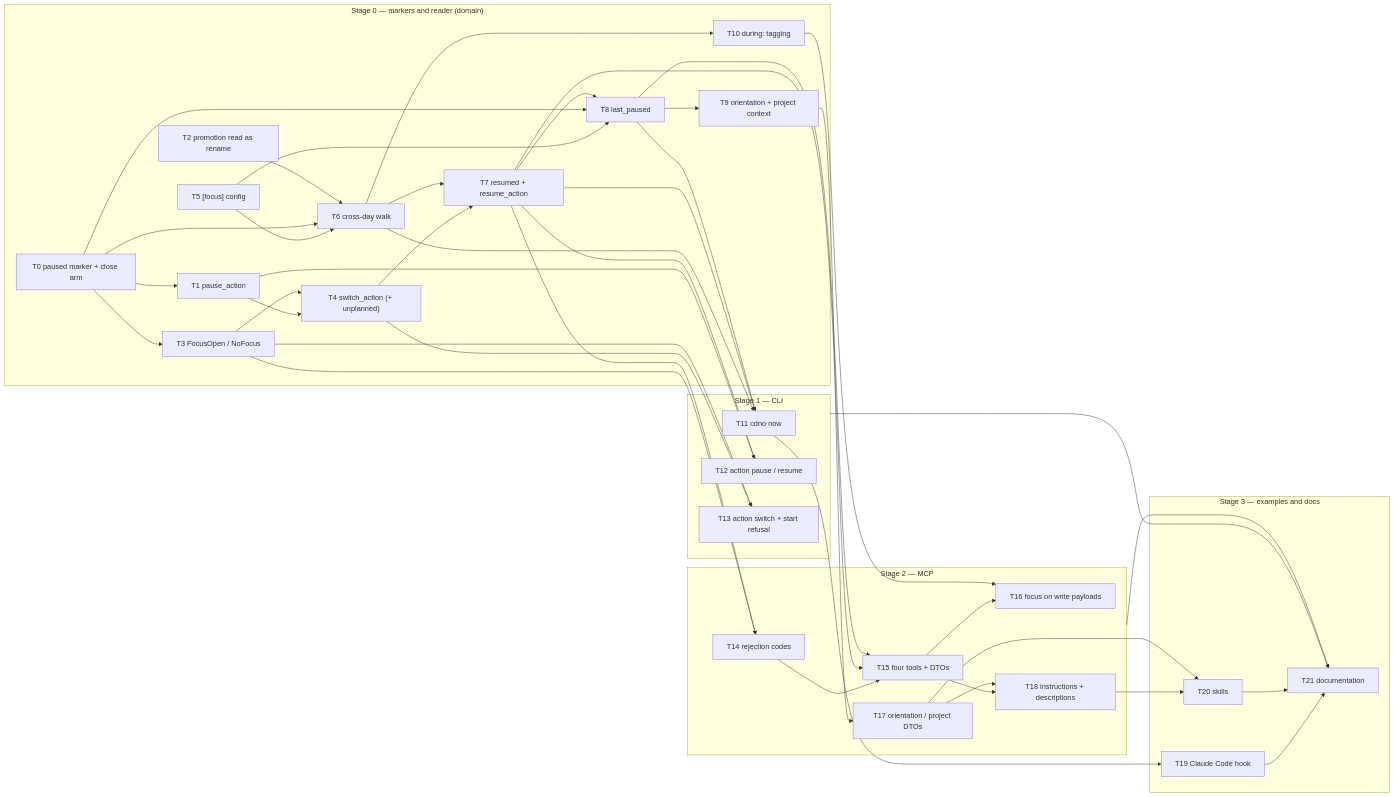
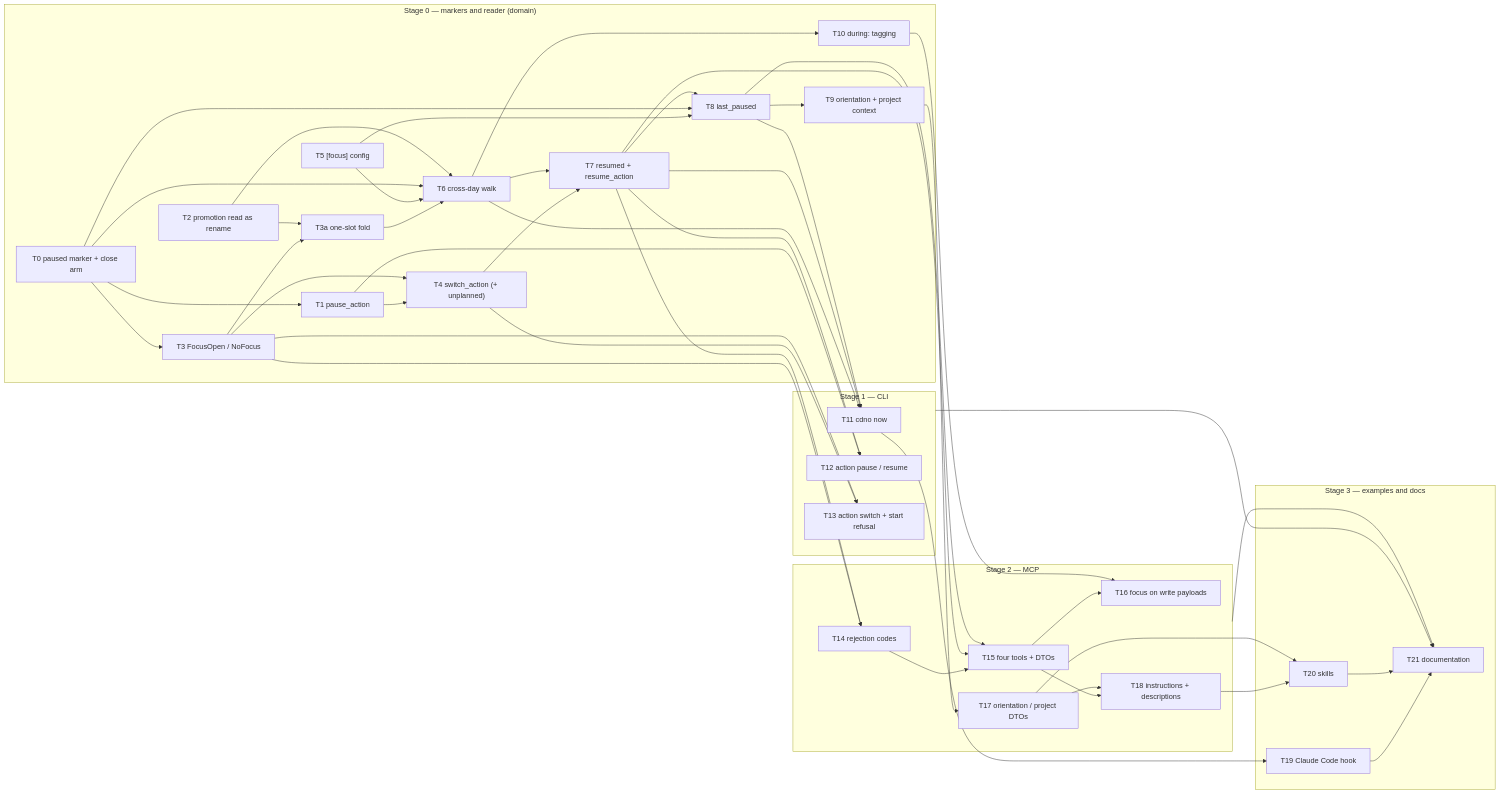
One commit to agustinvalencia/cuaderno changed the diagram in docs/rfcs/0005-implementation-plan.md. Above: the diagram before and after it, drawn with Mermaid. The commit also changed other lines of this file and 1 other file, not shown here.

First line of the commit message:
RFC 0005: focus is one slot, also on reading (D11) (#745)

````diff
--- a/docs/rfcs/0005-implementation-plan.md
+++ b/docs/rfcs/0005-implementation-plan.md
@@ -38,72 +38,76 @@
 ```mermaid
 flowchart LR
     subgraph S0["Stage 0 — markers and reader (domain)"]
         T0["T0 paused marker + close arm"]
         T1["T1 pause_action"]
         T2["T2 promotion read as rename"]
         T3["T3 FocusOpen / NoFocus"]
+        T3a["T3a one-slot fold"]
         T4["T4 switch_action (+ unplanned)"]
         T5["T5 [focus] config"]
         T6["T6 cross-day walk"]
         T7["T7 resumed + resume_action"]
         T8["T8 last_paused"]
         T9["T9 orientation + project context"]
         T10["T10 during: tagging"]
     end
     subgraph S1["Stage 1 — CLI"]
         T11["T11 cdno now"]
         T12["T12 action pause / resume"]
         T13["T13 action switch + start refusal"]
     end
     subgraph S2["Stage 2 — MCP"]
         T14["T14 rejection codes"]
         T15["T15 four tools + DTOs"]
         T16["T16 focus on write payloads"]
         T17["T17 orientation / project DTOs"]
         T18["T18 instructions + descriptions"]
     end
     subgraph S3["Stage 3 — examples and docs"]
         T19["T19 Claude Code hook"]
         T20["T20 skills"]
         T21["T21 documentation"]
     end
 
     T0 --> T1
     T0 --> T3
+    T3 --> T3a
+    T2 --> T3a
+    T3a --> T6
     T1 --> T4
     T3 --> T4
     T5 --> T6
     T0 --> T6
     T2 --> T6
     T4 --> T7
     T6 --> T7
     T5 --> T8
     T0 --> T8
     T7 --> T8
     T8 --> T9
     T6 --> T10
     T6 --> T11
     T7 --> T11
     T8 --> T11
     T1 --> T12
     T7 --> T12
     T4 --> T13
     T3 --> T13
     T3 --> T14
     T7 --> T14
     T14 --> T15
     T7 --> T15
     T8 --> T15
     T15 --> T16
     T10 --> T16
     T9 --> T17
     T15 --> T18
     T17 --> T18
     T11 --> T19
     T18 --> T20
     T17 --> T20
     S1 --> T21
     S2 --> T21
     T19 --> T21
     T20 --> T21
 ```
````
